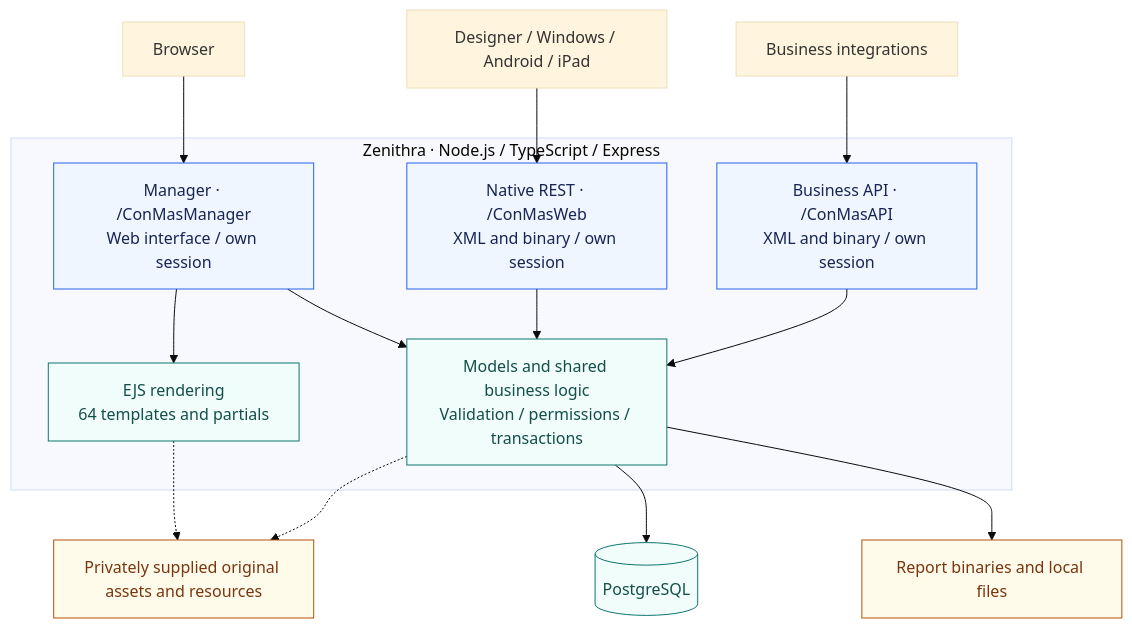
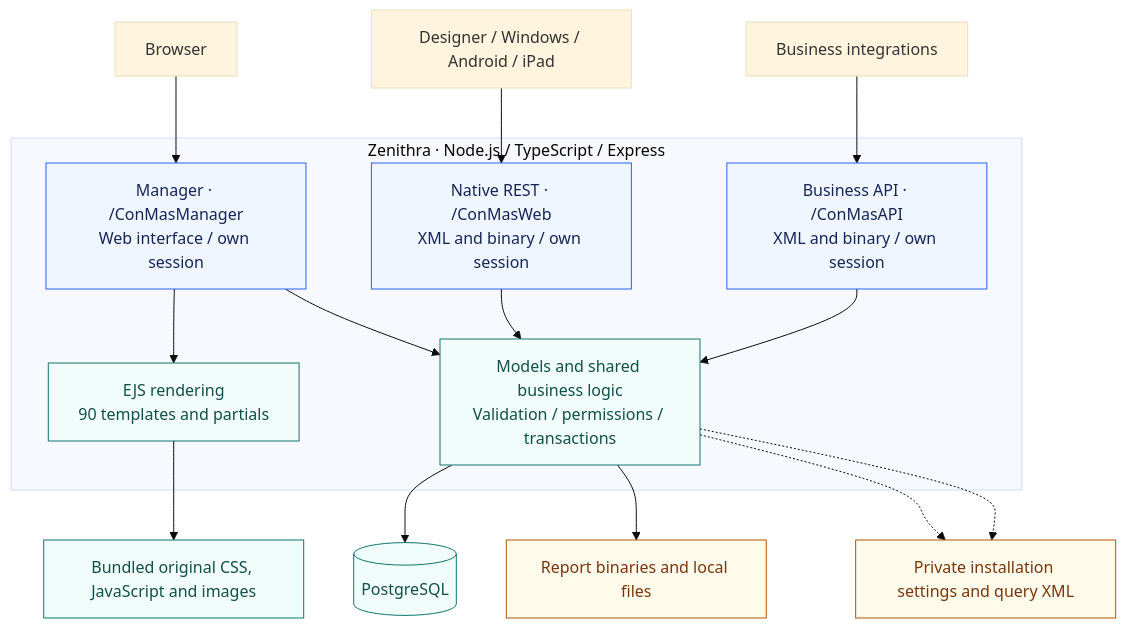
Before and after one commit to ravhirizaldi/zenithra: the diagram in README.md, drawn with Mermaid (base theme). The commit also changed other lines of this file and 332 other files, not shown here.

````diff
--- a/README.md
+++ b/README.md
@@ -40,30 +40,32 @@
 ```mermaid
 flowchart TB
     Browser["Browser"] --> Manager
     Devices["Designer / Windows / Android / iPad"] --> Native
     Integrations["Business integrations"] --> API
 
     subgraph Zenithra["Zenithra · Node.js / TypeScript / Express"]
         Manager["Manager · /ConMasManager<br/>Web interface / own session"]
         Native["Native REST · /ConMasWeb<br/>XML and binary / own session"]
         API["Business API · /ConMasAPI<br/>XML and binary / own session"]
-        Views["EJS rendering<br/>64 templates and partials"]
+        Views["EJS rendering<br/>90 templates and partials"]
         Business["Models and shared business logic<br/>Validation / permissions / transactions"]
         Manager --> Views
         Manager --> Business
         Native --> Business
         API --> Business
     end
 
     Business --> Database[("PostgreSQL")]
     Business --> Files["Report binaries and local files"]
-    Views -.-> Originals["Privately supplied original assets and resources"]
+    Views --> Assets["Bundled original CSS, JavaScript and images"]
+    Business -.-> Originals["Private installation settings and query XML"]
     Business -.-> Originals
 
     classDef surface fill:#eff6ff,stroke:#2563eb,color:#172554
     classDef core fill:#f0fdfa,stroke:#0f766e,color:#134e4a
     classDef private fill:#fffbeb,stroke:#b45309,color:#78350f
     class Manager,Native,API surface
     class Views,Business,Database core
     class Files,Originals private
+    class Assets core
 ```
````
